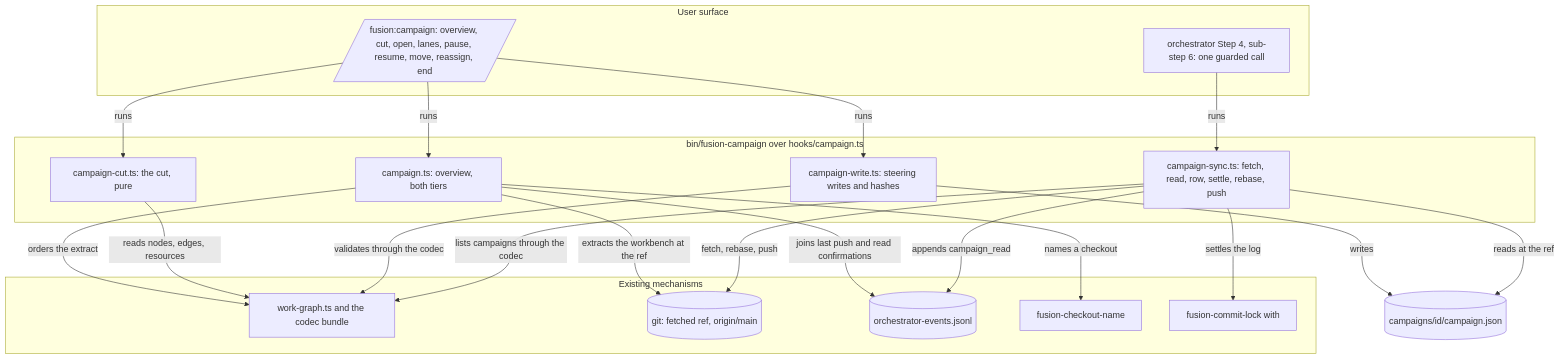
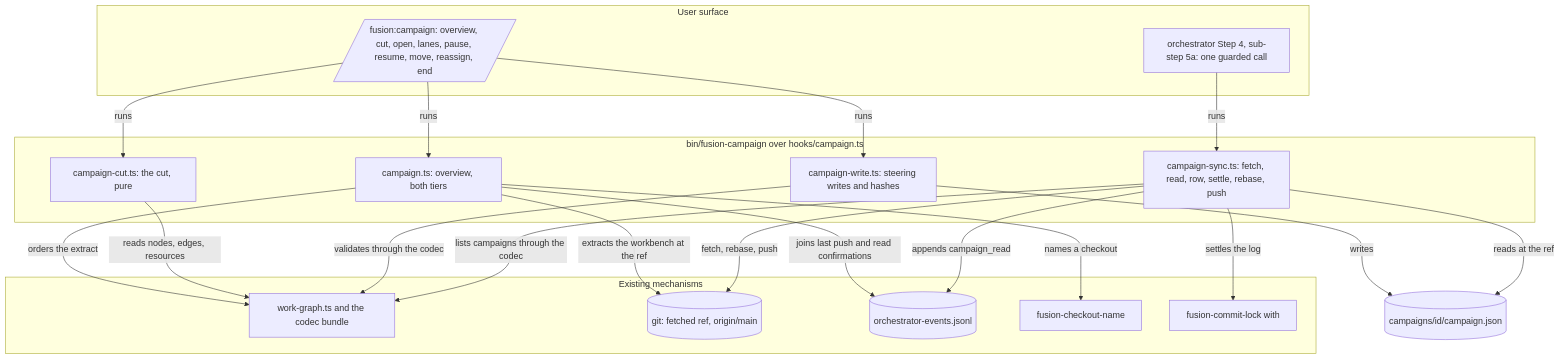
The first of 3 diagrams in fusion-workbench/work-packages/261108-1924-campaign-the-frame-for-work-spread-over-several-checkouts/plans/261108-2301-plan-campaign-the-frame-for-work-spread-over-several-checkouts.md (tenzoki/fusion), drawn with Mermaid before and after one commit. The commit also changed other lines of this file and 3 other files, not shown here.

````diff
--- a/fusion-workbench/work-packages/261108-1924-campaign-the-frame-for-work-spread-over-several-checkouts/plans/261108-2301-plan-campaign-the-frame-for-work-spread-over-several-checkouts.md
+++ b/fusion-workbench/work-packages/261108-1924-campaign-the-frame-for-work-spread-over-several-checkouts/plans/261108-2301-plan-campaign-the-frame-for-work-spread-over-several-checkouts.md
@@ -31,37 +33,37 @@
 ```mermaid
 flowchart TD
   subgraph user[User surface]
     SK[/fusion:campaign: overview, cut, open, lanes, pause, resume, move, reassign, end/]
-    ORC[orchestrator Step 4, sub-step 6: one guarded call]
+    ORC[orchestrator Step 4, sub-step 5a: one guarded call]
   end
   subgraph helper[bin/fusion-campaign over hooks/campaign.ts]
     OV[campaign.ts: overview, both tiers]
     CUT[campaign-cut.ts: the cut, pure]
     WR[campaign-write.ts: steering writes and hashes]
     SY[campaign-sync.ts: fetch, read, row, settle, rebase, push]
   end
   subgraph reused[Existing mechanisms]
     WG[work-graph.ts and the codec bundle]
     GIT[(git: fetched ref, origin/main)]
     LOG[(orchestrator-events.jsonl)]
     REG[fusion-checkout-name]
     LOCK[fusion-commit-lock with]
   end
   CAMP[(campaigns/id/campaign.json)]
   SK -->|runs| OV
   SK -->|runs| CUT
   SK -->|runs| WR
   ORC -->|runs| SY
   OV -->|extracts the workbench at the ref| GIT
   OV -->|orders the extract| WG
   OV -->|joins last push and read confirmations| LOG
   OV -->|names a checkout| REG
   CUT -->|reads nodes, edges, resources| WG
   WR -->|validates through the codec| WG
   WR -->|writes| CAMP
   SY -->|fetch, rebase, push| GIT
   SY -->|reads at the ref| CAMP
   SY -->|lists campaigns through the codec| WG
   SY -->|appends campaign_read| LOG
   SY -->|settles the log| LOCK
 ```
````
